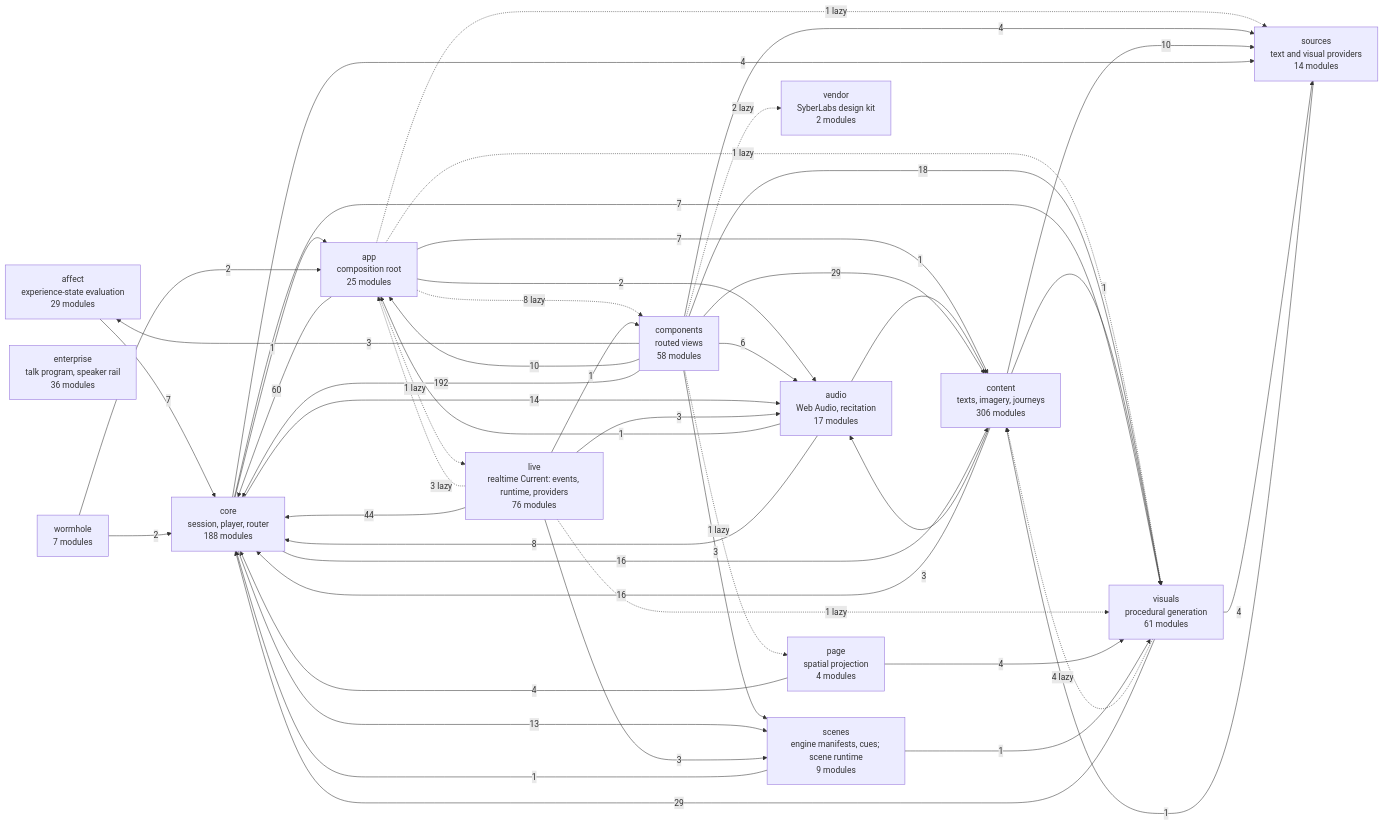
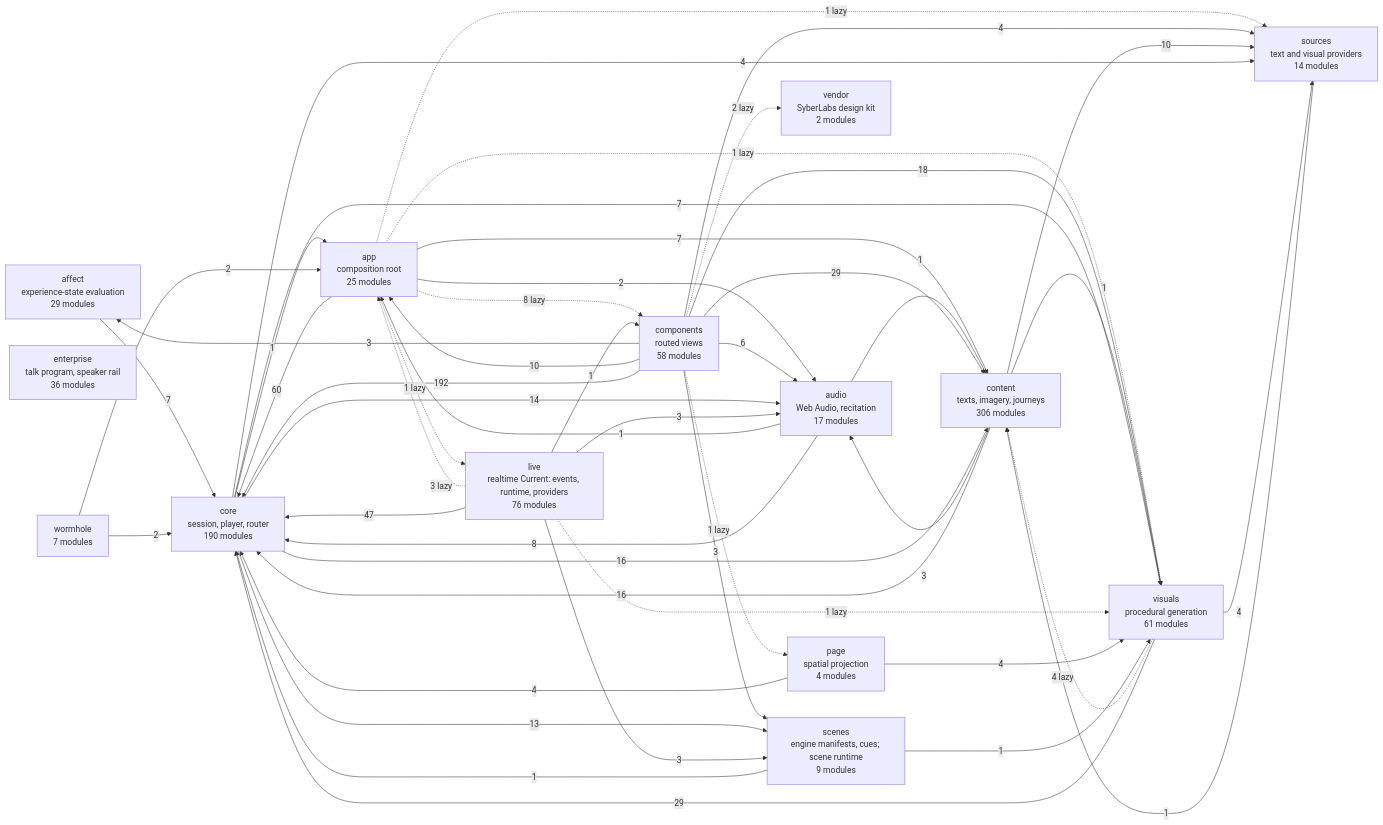
The diagram in docs/specs/ARCHITECTURE.md (SyberLabs/RISE), drawn with Mermaid before and after one commit.

Commit message:
docs: regenerate the architecture diagram

````diff
--- a/docs/specs/ARCHITECTURE.md
+++ b/docs/specs/ARCHITECTURE.md
@@ -161,65 +161,65 @@
 ```mermaid
 flowchart LR
     affect["affect<br/>experience-state evaluation<br/>29 modules"]
     app["app<br/>composition root<br/>25 modules"]
     audio["audio<br/>Web Audio, recitation<br/>17 modules"]
     components["components<br/>routed views<br/>58 modules"]
     content["content<br/>texts, imagery, journeys<br/>306 modules"]
-    core["core<br/>session, player, router<br/>188 modules"]
+    core["core<br/>session, player, router<br/>190 modules"]
     enterprise["enterprise<br/>talk program, speaker rail<br/>36 modules"]
     live["live<br/>realtime Current: events, runtime, providers<br/>76 modules"]
     page["page<br/>spatial projection<br/>4 modules"]
     scenes["scenes<br/>engine manifests, cues; scene runtime<br/>9 modules"]
     sources["sources<br/>text and visual providers<br/>14 modules"]
     vendor["vendor<br/>SyberLabs design kit<br/>2 modules"]
     visuals["visuals<br/>procedural generation<br/>61 modules"]
     wormhole["wormhole<br/>7 modules"]
 
     affect --> |7| core
     app --> |2| audio
     app -.-> |8 lazy| components
     app --> |7| content
     app --> |60| core
     app -.-> |1 lazy| live
     app -.-> |1 lazy| sources
     app -.-> |1 lazy| visuals
     audio --> |1| app
     audio --> |1| content
     audio --> |8| core
     components --> |3| affect
     components --> |10| app
     components --> |6| audio
     components --> |29| content
     components --> |192| core
     components -.-> |1 lazy| page
     components --> |3| scenes
     components --> |4| sources
     components -.-> |2 lazy| vendor
     components --> |18| visuals
     content --> |3| audio
     content --> |16| core
     content --> |10| sources
     content --> |1| visuals
     core --> |1| app
     core --> |14| audio
     core --> |16| content
     core --> |13| scenes
     core --> |4| sources
     core --> |7| visuals
     live -.-> |3 lazy| app
     live --> |3| audio
     live --> |1| components
-    live --> |44| core
+    live --> |47| core
     live --> |3| scenes
     live -.-> |1 lazy| visuals
     page --> |4| core
     page --> |4| visuals
     scenes --> |1| core
     scenes --> |1| visuals
     sources --> |1| content
     visuals -.-> |4 lazy| content
     visuals --> |29| core
     visuals --> |4| sources
     wormhole --> |2| app
     wormhole --> |2| core
 ```
````
